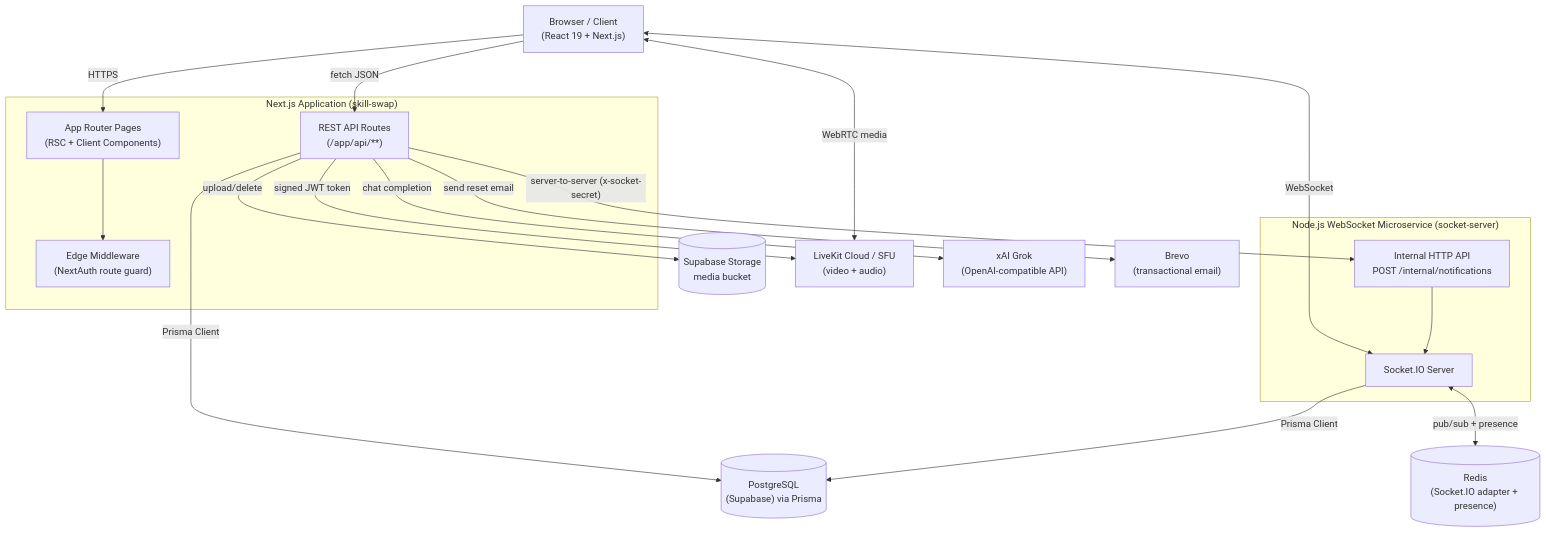
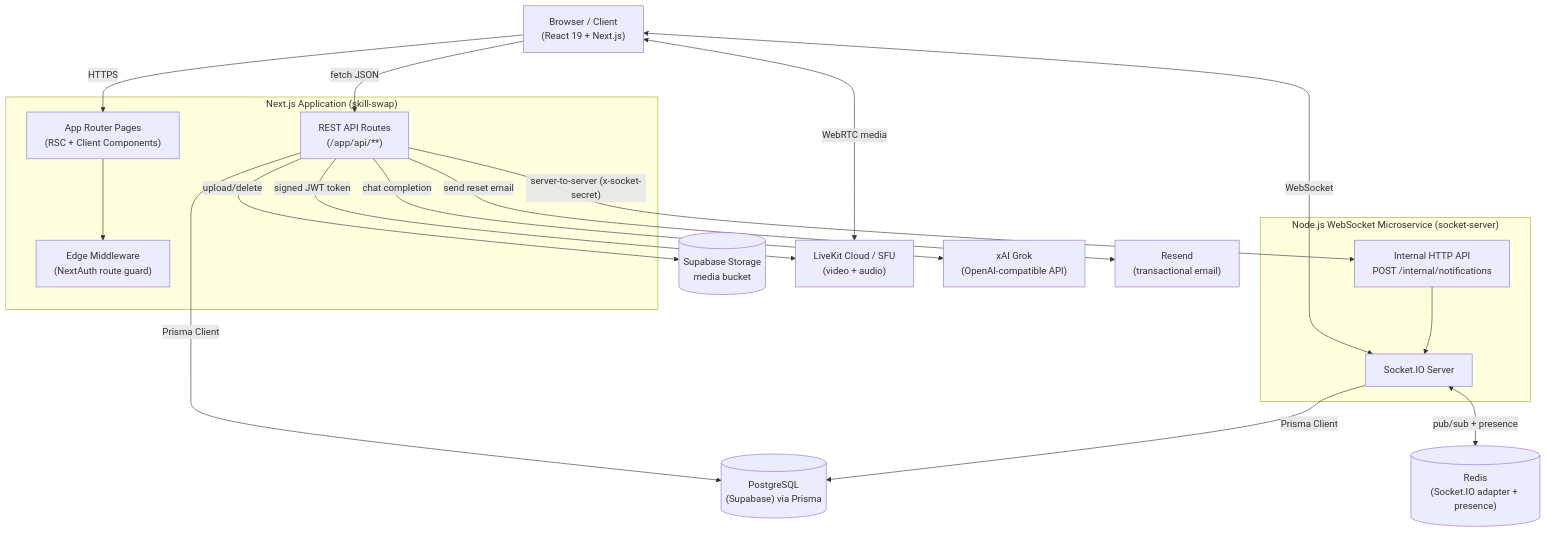
Before and after one commit to savinduamalka/skill-swap-marketplace: the first of 4 diagrams in README.md, drawn with Mermaid. The commit also changed other lines of this file, not shown here.

````diff
--- a/README.md
+++ b/README.md
@@ -67,39 +67,39 @@
 ```mermaid
 graph TD
     Browser["Browser / Client<br/>(React 19 + Next.js)"]
 
     subgraph NextApp["Next.js Application (skill-swap)"]
         Pages["App Router Pages<br/>(RSC + Client Components)"]
         REST["REST API Routes<br/>(/app/api/**)"]
         MW["Edge Middleware<br/>(NextAuth route guard)"]
     end
 
     subgraph Socket["Node.js WebSocket Microservice (socket-server)"]
         IO["Socket.IO Server"]
         Internal["Internal HTTP API<br/>POST /internal/notifications"]
     end
 
     DB[("PostgreSQL<br/>(Supabase) via Prisma")]
     Redis[("Redis<br/>(Socket.IO adapter + presence)")]
     Storage[("Supabase Storage<br/>media bucket")]
     LiveKit["LiveKit Cloud / SFU<br/>(video + audio)"]
     LLM["xAI Grok<br/>(OpenAI-compatible API)"]
-    Email["Brevo<br/>(transactional email)"]
+    Email["Resend<br/>(transactional email)"]
 
     Browser -->|HTTPS| Pages
     Browser -->|fetch JSON| REST
     Browser <-->|WebSocket| IO
     Browser <-->|WebRTC media| LiveKit
 
     Pages --> MW
     REST -->|Prisma Client| DB
     REST -->|"server-to-server (x-socket-secret)"| Internal
     REST -->|signed JWT token| LiveKit
     REST -->|upload/delete| Storage
     REST -->|chat completion| LLM
     REST -->|send reset email| Email
 
     IO -->|Prisma Client| DB
     IO <-->|pub/sub + presence| Redis
     Internal --> IO
 ```
````
